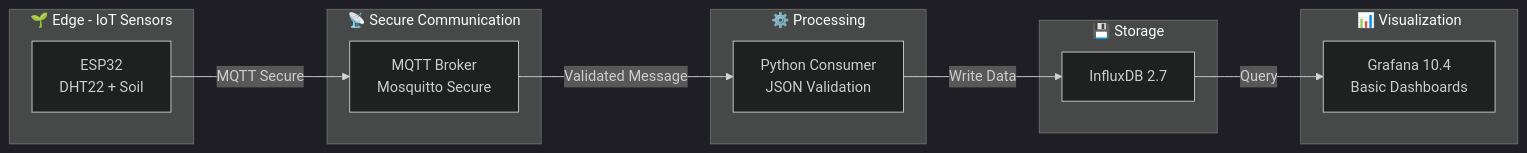
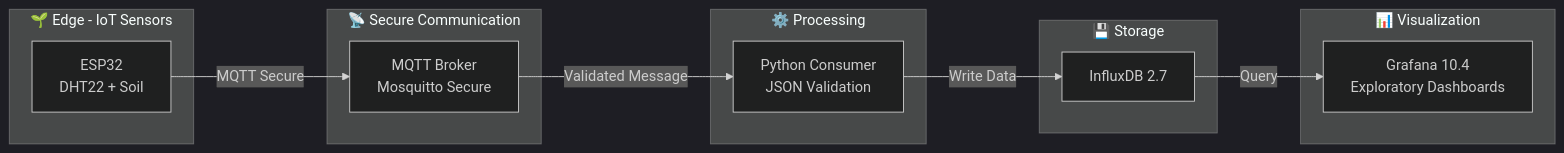
One commit to GustavoFelipe85/smart-farm-iot-system changed the diagram in README_en.md. Above: the diagram before and after it, drawn with Mermaid (dark theme). The commit also changed other lines of this file, not shown here.

First line of the commit message:
Refine architecture diagram terminology and operational flow wording

`````diff
--- a/README_en.md
+++ b/README_en.md
@@ -105,27 +106,27 @@
 ```mermaid
 flowchart LR
   subgraph EDGE[🌱 Edge - IoT Sensors]
     ESP[ESP32<br/>DHT22 + Soil]
   end
 
   subgraph COMM[📡 Secure Communication]
     MQ[MQTT Broker<br/>Mosquitto Secure]
   end
 
   subgraph PROC[⚙️ Processing]
     PY[Python Consumer<br/>JSON Validation]
   end
 
   subgraph DB[💾 Storage]
     INF[InfluxDB 2.7]
   end
 
   subgraph VIS[📊 Visualization]
-    GF[Grafana 10.4<br/>Basic Dashboards]
+    GF[Grafana 10.4<br/>Exploratory Dashboards]
   end
 
   ESP -->|MQTT Secure| MQ
   MQ -->|Validated Message| PY
   PY -->|Write Data| INF
   INF -->|Query| GF
 ````
`````
